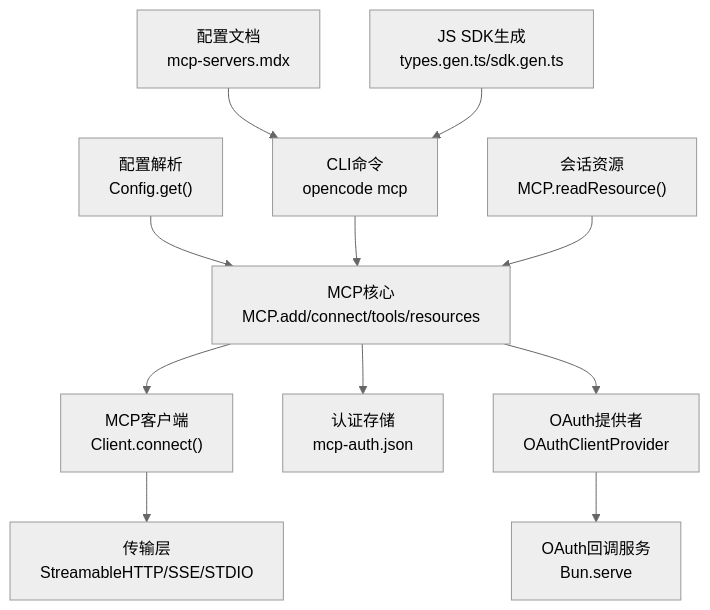
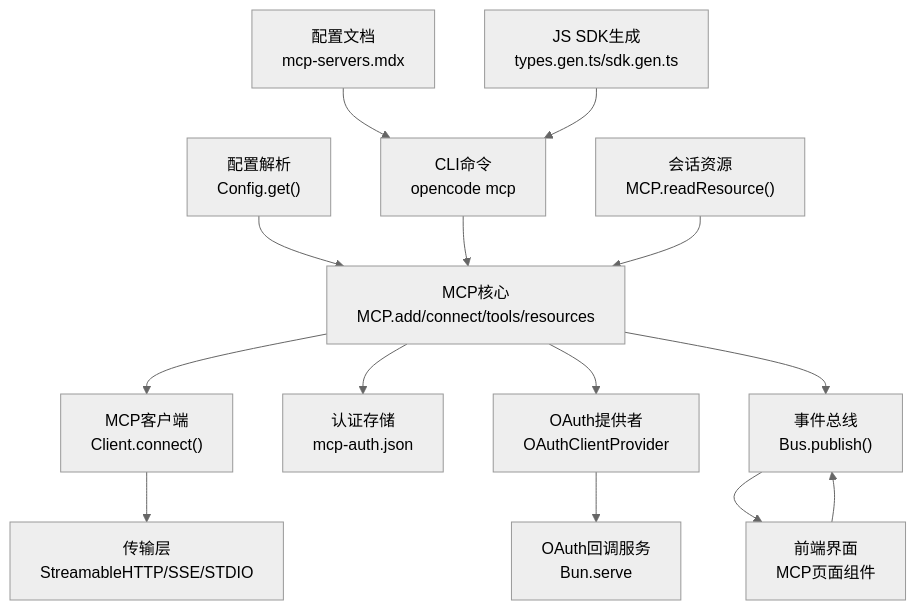
Before and after one commit to 89780012/opencode: the second of 10 diagrams in .lingma/repowiki/zh/content/API参考/MCP协议.md, drawn with Mermaid (neutral theme). The commit also changed other lines of this file and 7 other files, not shown here.

````diff
--- a/.lingma/repowiki/zh/content/API参考/MCP协议.md
+++ b/.lingma/repowiki/zh/content/API参考/MCP协议.md
@@ -125,13 +150,16 @@
 ```mermaid
 graph TB
 CFG["配置解析<br/>Config.get()"] --> MCP_CORE["MCP核心<br/>MCP.add/connect/tools/resources"]
 MCP_CORE --> CLIENT["MCP客户端<br/>Client.connect()"]
 CLIENT --> TRANS["传输层<br/>StreamableHTTP/SSE/STDIO"]
 MCP_CORE --> AUTH_STORE["认证存储<br/>mcp-auth.json"]
 MCP_CORE --> OAUTH_PROVIDER["OAuth提供者<br/>OAuthClientProvider"]
 OAUTH_PROVIDER --> OAUTH_CB["OAuth回调服务<br/>Bun.serve"]
+MCP_CORE --> EVENT_BUS["事件总线<br/>Bus.publish()"]
+EVENT_BUS --> FRONTEND["前端界面<br/>MCP页面组件"]
 CLI["CLI命令<br/>opencode mcp"] --> MCP_CORE
 DOC["配置文档<br/>mcp-servers.mdx"] --> CLI
 SDK["JS SDK生成<br/>types.gen.ts/sdk.gen.ts"] --> CLI
 SESSION["会话资源<br/>MCP.readResource()"] --> MCP_CORE
+FRONTEND --> EVENT_BUS
 ```
````
